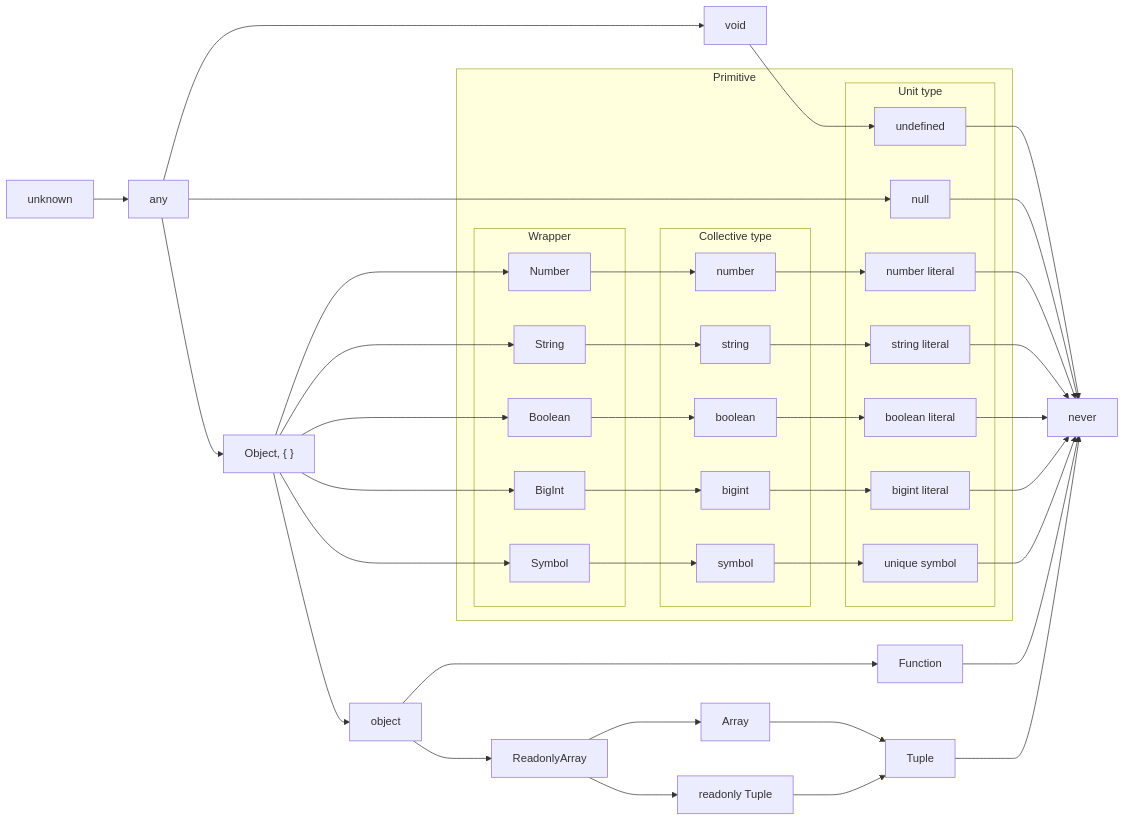
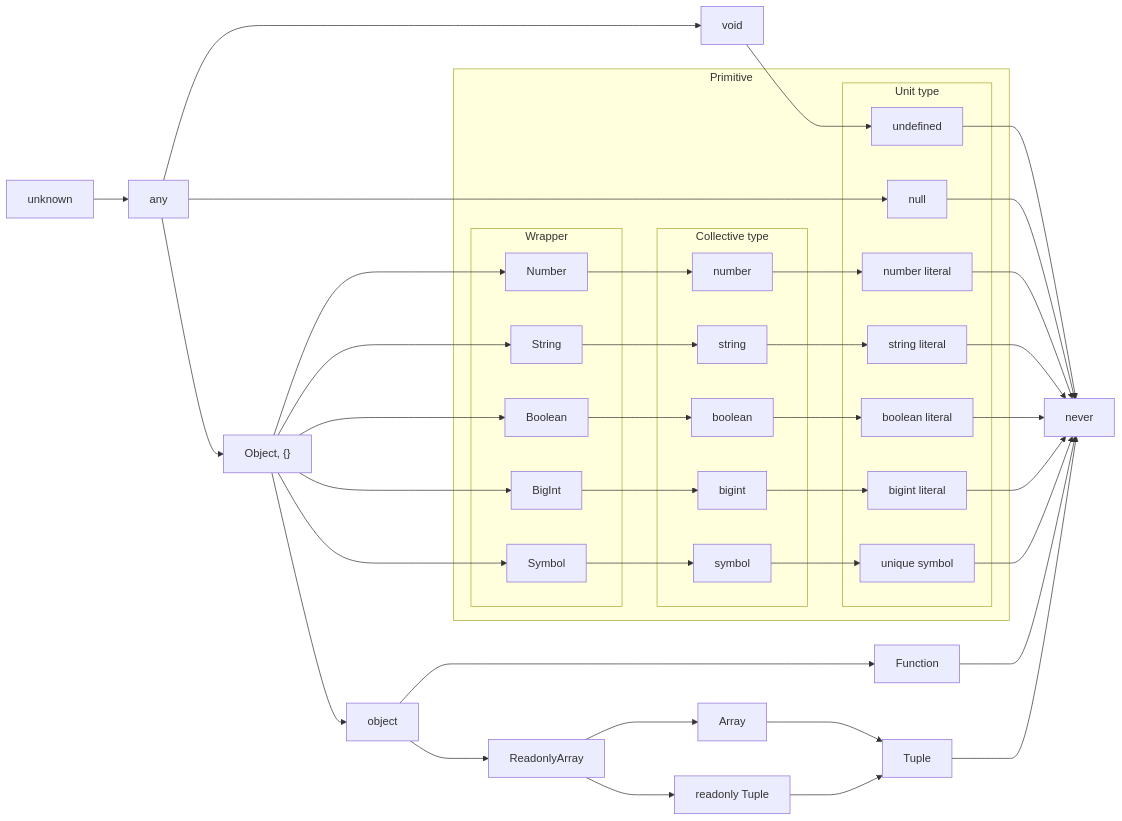
Before and after one commit to yo-goto/zenn-public-repo: the second of 3 diagrams in articles/typescript-type-set-hierarchy.md, drawn with Mermaid. The commit also changed other lines of this file and 2 other files, not shown here.

````diff
--- a/articles/typescript-type-set-hierarchy.md
+++ b/articles/typescript-type-set-hierarchy.md
@@ -188,49 +213,49 @@
 ```mermaid
 graph LR
   U[unknown]
   N[never]
   A[any]
-  O["Object, { }"]
+  O["Object, {}"]
   obj[object]
   U --> A
   A --> void --> undefined --> N
   A --> null --> N
   A --> O --> Number & String & Boolean & BigInt & Symbol & obj
   subgraph Primitive
     subgraph Unit[Unit type]
       undefined
       null
       nl
       sl
       bl
       bil
       us
     end
     subgraph Col[Collective type]
       number
       string
       boolean
       bigint
       symbol
     end
     subgraph Wrap[Wrapper]
       Number
       String
       Boolean
       BigInt
       Symbol
     end
     Number --> number --> nl[number literal]
     String --> string --> sl[string literal]
     Boolean --> boolean --> bl[boolean literal]
     BigInt --> bigint --> bil[bigint literal]
     Symbol --> symbol --> us[unique symbol]
   end
   nl[number literal] --> N
   sl[string literal] --> N
   bl[boolean literal] --> N
   bil[bigint literal] --> N
   us[unique symbol] --> N
   obj --> Function --> N
   obj --> ReadonlyArray --> Array & RT[readonly Tuple] --> Tuple --> N
 ```
````
